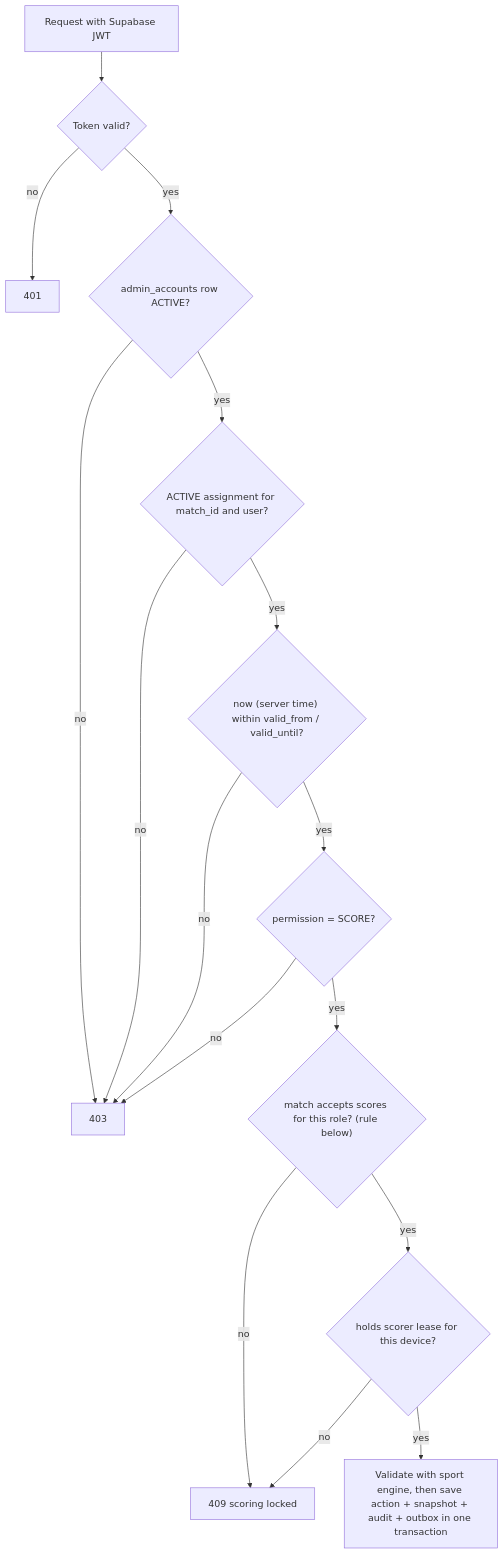
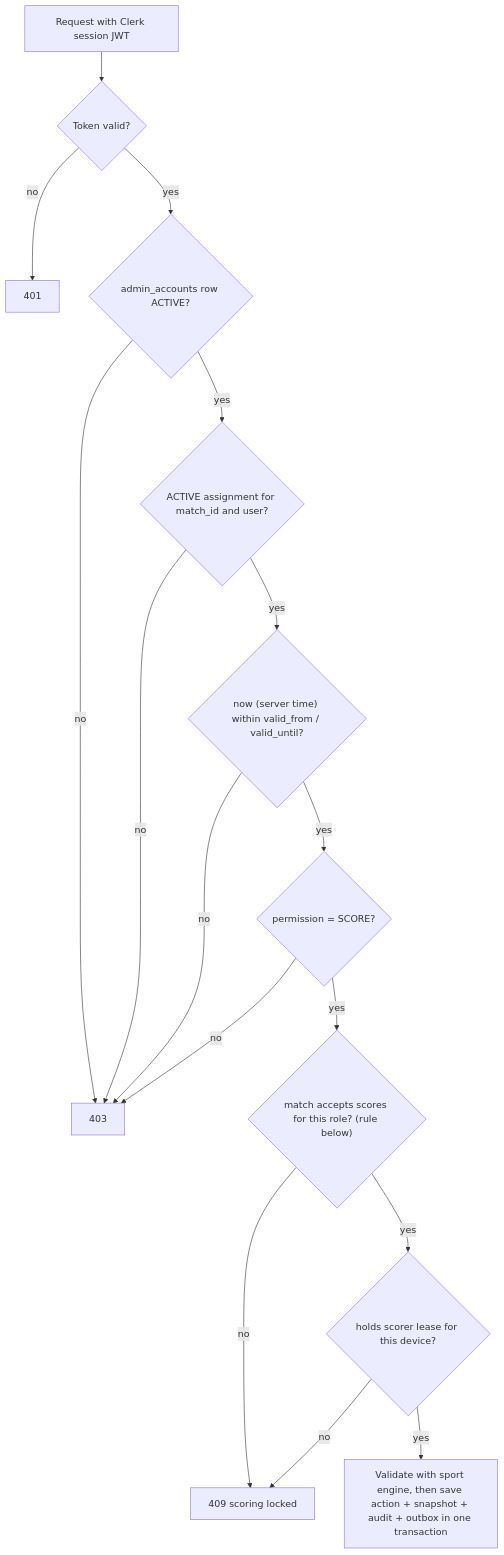
Before and after one commit to campuscores/campuscores: the first of 2 diagrams in doc/architecture.md, drawn with Mermaid. The commit also changed other lines of this file and 8 other files, not shown here.

````diff
--- a/doc/architecture.md
+++ b/doc/architecture.md
@@ -140,18 +136,18 @@
 ```mermaid
 flowchart TD
-  A[Request with Supabase JWT] --> B{Token valid?}
+  A[Request with Clerk session JWT] --> B{Token valid?}
   B -- no --> X401[401]
   B -- yes --> C{admin_accounts row ACTIVE?}
   C -- no --> X403[403]
   C -- yes --> D{ACTIVE assignment for match_id and user?}
   D -- no --> X403
   D -- yes --> E{"now (server time) within valid_from / valid_until?"}
   E -- no --> X403
   E -- yes --> F{permission = SCORE?}
   F -- no --> X403
   F -- yes --> G{"match accepts scores for this role? (rule below)"}
   G -- no --> X409[409 scoring locked]
   G -- yes --> H{holds scorer lease for this device?}
   H -- no --> X409
   H -- yes --> I[Validate with sport engine, then save action + snapshot + audit + outbox in one transaction]
 ```
````
